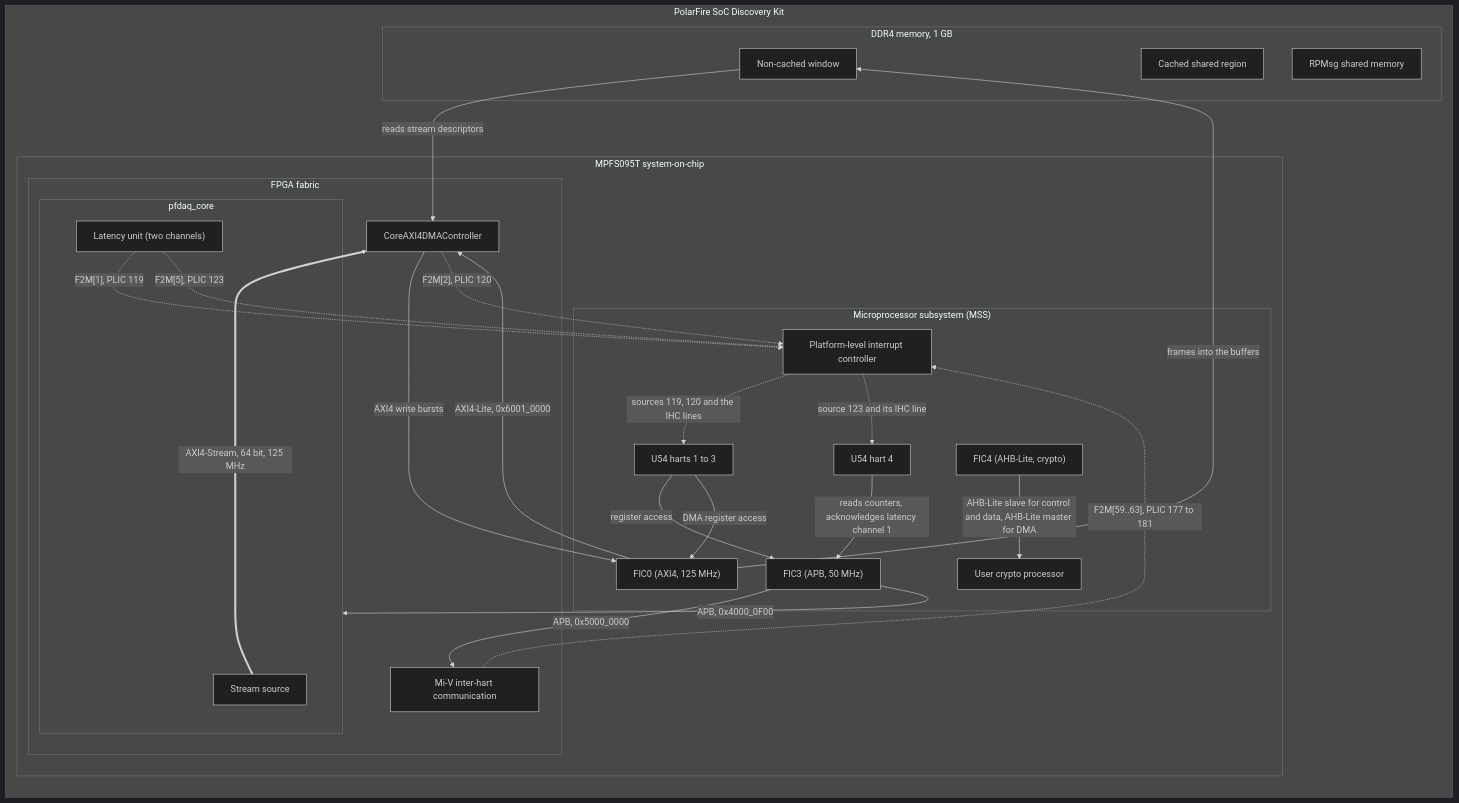
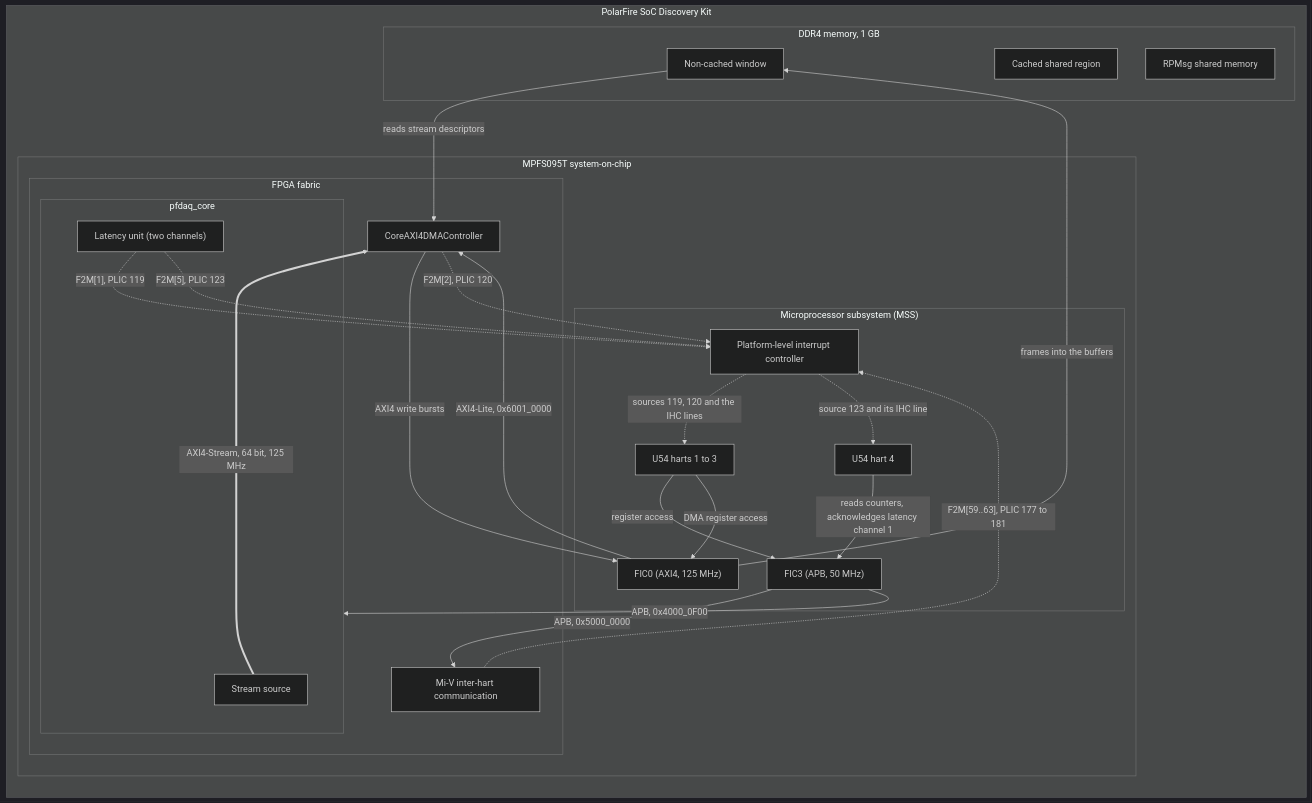
The first of 2 diagrams in docs/system/README.md (ismailalitech/pfdaq), drawn with Mermaid (dark theme) before and after one commit. The commit also changed other lines of this file and 24 other files, not shown here.

````diff
--- a/docs/system/README.md
+++ b/docs/system/README.md
@@ -13,46 +13,43 @@
 ```mermaid
 flowchart LR
   subgraph board["PolarFire SoC Discovery Kit"]
     subgraph soc["MPFS095T system-on-chip"]
       subgraph mss["Microprocessor subsystem (MSS)"]
         u54_linux["U54 harts 1 to 3"]
         u54_4["U54 hart 4"]
         plic["Platform-level interrupt controller"]
         fic0["FIC0 (AXI4, 125 MHz)"]
         fic3["FIC3 (APB, 50 MHz)"]
-        fic4["FIC4 (AHB-Lite, crypto)"]
-        crypto_processor["User crypto processor"]
       end
       subgraph fabric["FPGA fabric"]
         subgraph pfdaq_core["pfdaq_core"]
           pfdaq_stream_src["Stream source"]
           pfdaq_latency["Latency unit (two channels)"]
         end
         dma["CoreAXI4DMAController"]
         ihc["Mi-V inter-hart communication"]
       end
     end
     subgraph ddr["DDR4 memory, 1 GB"]
       ddr_noncached["Non-cached window"]
       ddr_cached_shared["Cached shared region"]
       ddr_rpmsg["RPMsg shared memory"]
     end
   end
   u54_linux -->|"register access"| fic3
   u54_4 -->|"reads counters, acknowledges latency channel 1"| fic3
   fic3 -->|"APB, 0x4000_0F00"| pfdaq_core
   fic3 -->|"APB, 0x5000_0000"| ihc
-  fic4 -->|"AHB-Lite slave for control and data, AHB-Lite master for DMA"| crypto_processor
   u54_linux -->|"DMA register access"| fic0
   fic0 -->|"AXI4-Lite, 0x6001_0000"| dma
   pfdaq_stream_src ==>|"AXI4-Stream, 64 bit, 125 MHz"| dma
   dma -->|"AXI4 write bursts"| fic0
   fic0 -->|"frames into the buffers"| ddr_noncached
   ddr_noncached -->|"reads stream descriptors"| dma
   dma -.->|"F2M[2], PLIC 120"| plic
   pfdaq_latency -.->|"F2M[1], PLIC 119"| plic
   pfdaq_latency -.->|"F2M[5], PLIC 123"| plic
   ihc -.->|"F2M[59..63], PLIC 177 to 181"| plic
   plic -.->|"sources 119, 120 and the IHC lines"| u54_linux
   plic -.->|"source 123 and its IHC line"| u54_4
 ```
````
